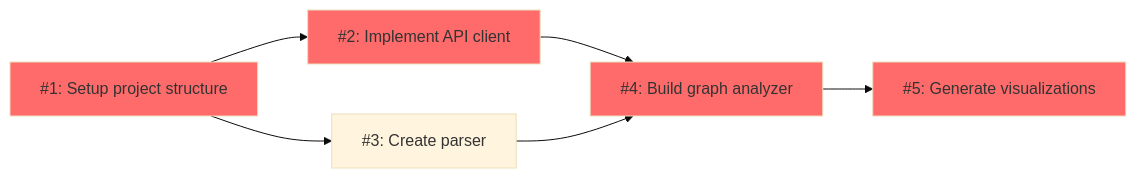
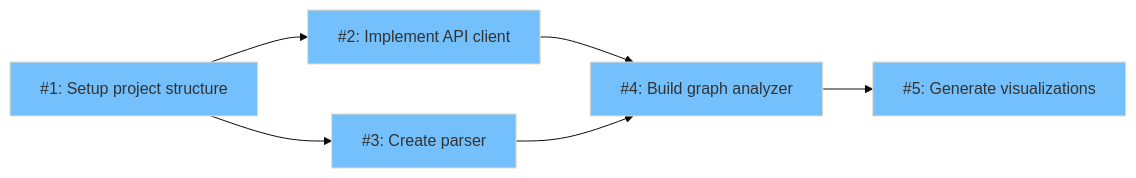
One commit to krhrtky/github-issue-visualizer changed the diagram in README.md. Above: the diagram before and after it, drawn with Mermaid (base theme). The commit also changed other lines of this file and 2 other files, not shown here.

````diff
--- a/README.md
+++ b/README.md
@@ -242,13 +235,14 @@
 ```mermaid
 graph LR
     N1[#1: Setup project structure] --> N2[#2: Implement API client]
     N1 --> N3[#3: Create parser]
     N2 --> N4[#4: Build graph analyzer]
     N3 --> N4
     N4 --> N5[#5: Generate visualizations]
 
-    style N1 fill:#ff6b6b
-    style N2 fill:#ff6b6b
-    style N4 fill:#ff6b6b
-    style N5 fill:#ff6b6b
+    style N1 fill:#74c0fc
+    style N2 fill:#74c0fc
+    style N3 fill:#74c0fc
+    style N4 fill:#74c0fc
+    style N5 fill:#74c0fc
 ```
````
